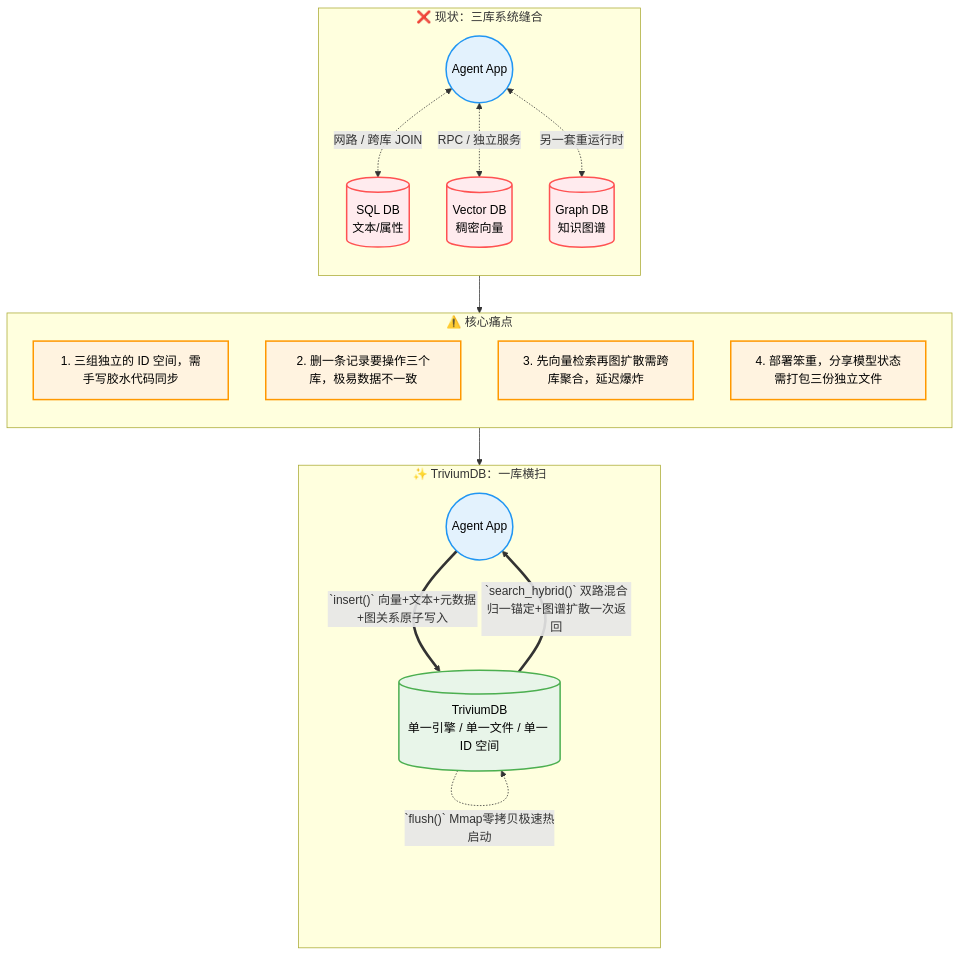
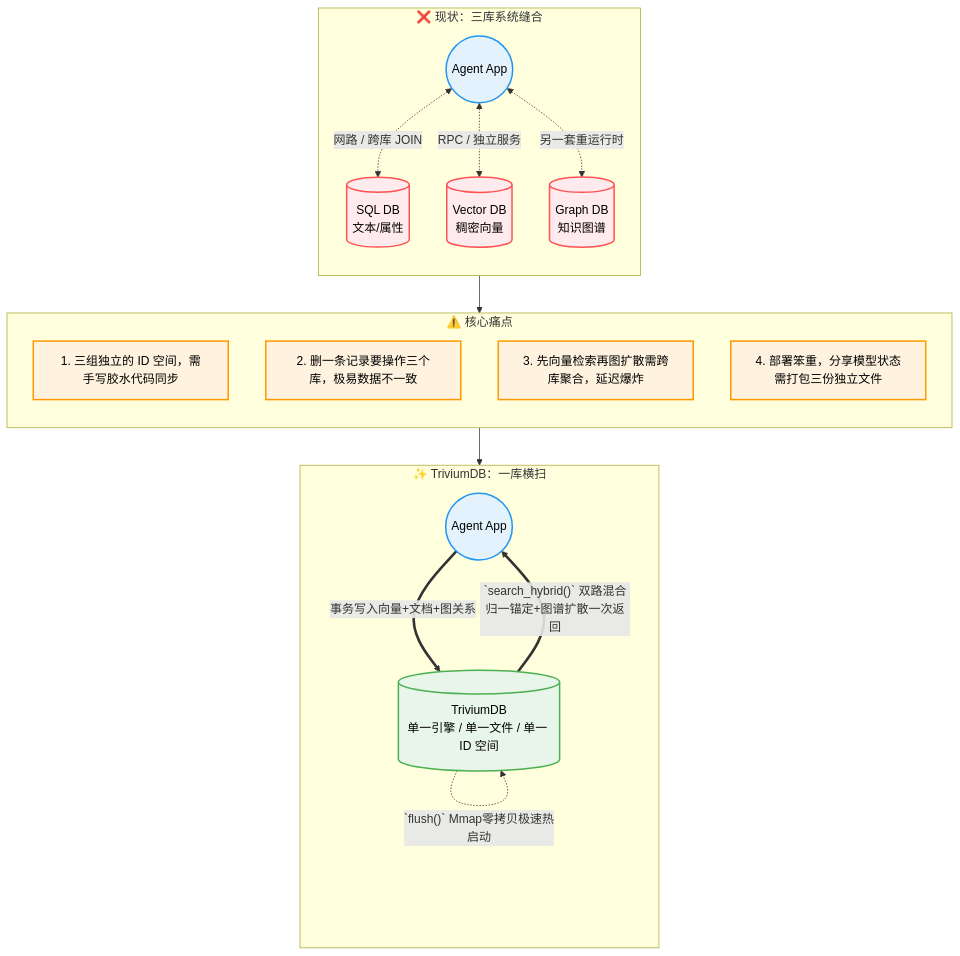
The diagram in data/readmes/YoKONCy__TriviumDB.md (zqf20096327/dbhub_collect), drawn with Mermaid before and after one commit. The commit also changed other lines of this file and 523 other files, not shown here.

````diff
--- a/data/readmes/YoKONCy__TriviumDB.md
+++ b/data/readmes/YoKONCy__TriviumDB.md
@@ -76,41 +76,41 @@
 ```mermaid
 flowchart TD
     classDef old fill:#ffebee,stroke:#ff5252,stroke-width:2px,color:#000;
     classDef new fill:#e8f5e9,stroke:#4caf50,stroke-width:2px,color:#000;
     classDef app fill:#e3f2fd,stroke:#2196f3,stroke-width:2px,color:#000;
     classDef warning fill:#fff3e0,stroke:#ff9800,stroke-width:2px,color:#000;
 
     subgraph 现状 ["❌ 现状：三库系统缝合"]
         direction TB
         App1((Agent App)):::app
         DB1[(SQL DB<br/>文本/属性)]:::old
         DB2[(Vector DB<br/>稠密向量)]:::old
         DB3[(Graph DB<br/>知识图谱)]:::old
 
         App1 <-.网路 / 跨库 JOIN.-> DB1
         App1 <-.RPC / 独立服务.-> DB2
         App1 <-.另一套重运行时.-> DB3
     end
 
     subgraph 痛点 ["⚠️ 核心痛点"]
         direction TB
         P1[1. 三组独立的 ID 空间，需手写胶水代码同步]:::warning
         P2[2. 删一条记录要操作三个库，极易数据不一致]:::warning
         P3[3. 先向量检索再图扩散需跨库聚合，延迟爆炸]:::warning
         P4[4. 部署笨重，分享模型状态需打包三份独立文件]:::warning
     end
 
     现状 --> 痛点
 
     subgraph 解决 ["✨ TriviumDB：一库横扫"]
         direction TB
         App2((Agent App)):::app
         TV[(TriviumDB<br/>单一引擎 / 单一文件 / 单一 ID 空间)]:::new
 
-        App2 ==`insert()` 向量+文本+元数据+图关系原子写入==> TV
+        App2 ==事务写入向量+文档+图关系==> TV
         TV ==`search_hybrid()` 双路混合归一锚定+图谱扩散一次返回==> App2
         TV -.`flush()` Mmap零拷贝极速热启动.-> TV
     end
 
     痛点 --> 解决
 ```
````
